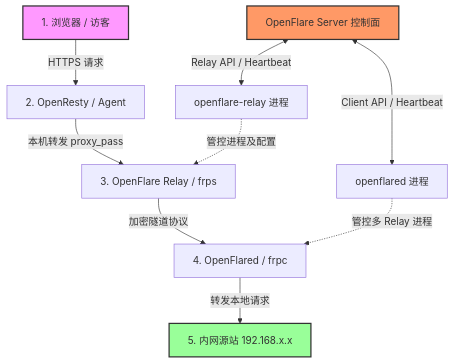
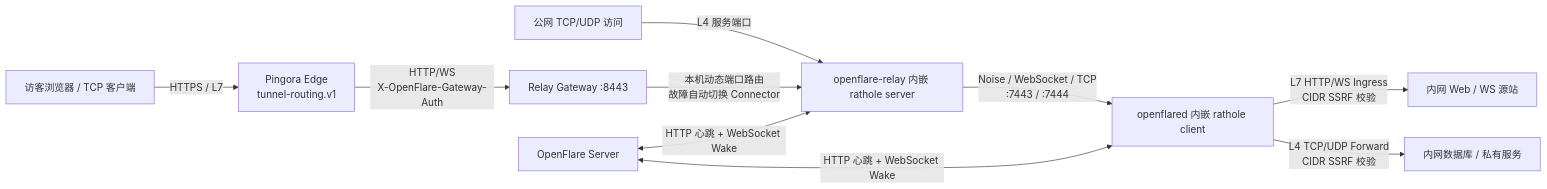
The diagram in docs/design/tunnel-design.md (Rain-kl/OpenFlare), drawn with Mermaid before and after one commit. The commit also changed other lines of this file and 245 other files, not shown here.

Commit message:
feat(tunnel): replace legacy frp with native rust rathole ha tunnel architecture

````diff
--- a/docs/design/tunnel-design.md
+++ b/docs/design/tunnel-design.md
@@ -34,19 +38,12 @@
 ```mermaid
-graph TD
-    %% 数据流
-    Browser[1. 浏览器 / 访客] -->|HTTPS 请求| Agent[2. OpenResty / Agent]
-    Agent -->|本机转发 proxy_pass| RelayFrps[3. OpenFlare Relay / frps]
-    RelayFrps -->|加密隧道协议| FlaredFrpc[4. OpenFlared / frpc]
-    FlaredFrpc -->|转发本地请求| LocalOrigin[5. 内网源站 192.168.x.x]
-
-    %% 控制流与心跳
-    Server[OpenFlare Server 控制面] <-->|Relay API / Heartbeat| RelayManager[openflare-relay 进程]
-    Server <-->|Client API / Heartbeat| ClientManager[openflared 进程]
-
-    RelayManager -.->|管控进程及配置| RelayFrps
-    ClientManager -.->|管控多 Relay 进程| FlaredFrpc
-
-    style Browser fill:#f9f,stroke:#333,stroke-width:2px
-    style LocalOrigin fill:#9f9,stroke:#333,stroke-width:2px
-    style Server fill:#f96,stroke:#333,stroke-width:2px
+graph LR
+    Client[访客浏览器 / TCP 客户端] -->|HTTPS / L7| Edge[Pingora Edge<br/>tunnel-routing.v1]
+    Edge -->|HTTP/WS<br/>X-OpenFlare-Gateway-Auth| Gateway[Relay Gateway :8443]
+    L4Client[公网 TCP/UDP 访问] -->|L4 服务端口| RatholeSrv[openflare-relay 内嵌 rathole server]
+    Gateway -->|本机动态端口路由<br/>故障自动切换 Connector| RatholeSrv
+    RatholeSrv -->|Noise / WebSocket / TCP<br/>:7443 / :7444| RatholeCli[openflared 内嵌 rathole client]
+    RatholeCli -->|L7 HTTP/WS Ingress<br/>CIDR SSRF 校验| OriginL7[内网 Web / WS 源站]
+    RatholeCli -->|L4 TCP/UDP Forward<br/>CIDR SSRF 校验| OriginL4[内网数据库 / 私有服务]
+    Server[OpenFlare Server] <-->|HTTP 心跳 + WebSocket Wake| RatholeSrv
+    Server <-->|HTTP 心跳 + WebSocket Wake| RatholeCli
 ```
````
